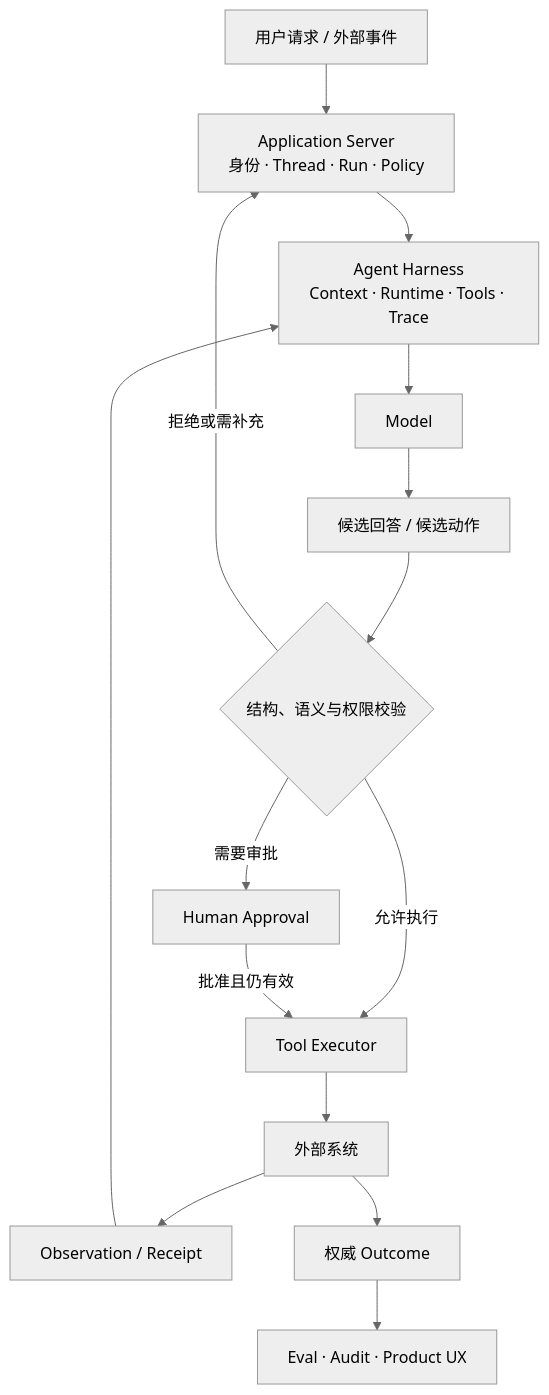
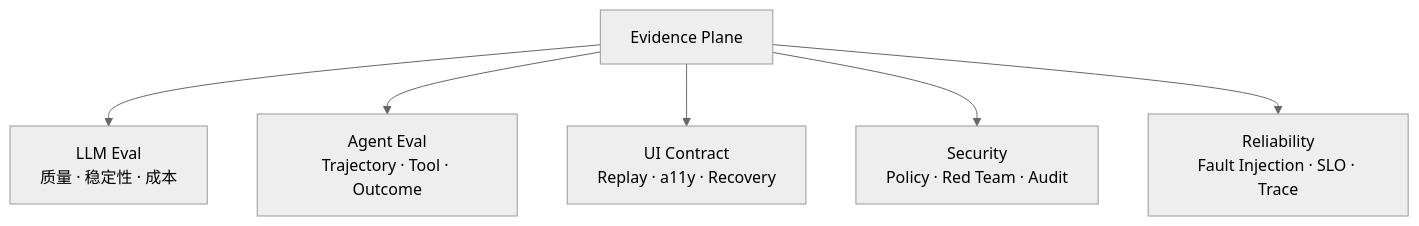
The second of 2 diagrams in site/01-导读/02-从一次Agent任务看懂系统分层.md (whatthehan/masterpiece-static-docs), drawn with Mermaid (neutral theme) before and after one commit. The commit also changed other lines of this file and 165 other files, not shown here.

````diff
--- a/site/01-导读/02-从一次Agent任务看懂系统分层.md
+++ b/site/01-导读/02-从一次Agent任务看懂系统分层.md
@@ -142,17 +150,9 @@
 ```mermaid
-flowchart TD
-    I["用户请求 / 外部事件"] --> A["Application Server<br/>身份 · Thread · Run · Policy"]
-    A --> H["Agent Harness<br/>Context · Runtime · Tools · Trace"]
-    H --> M["Model"]
-    M --> P["候选回答 / 候选动作"]
-    P --> Q{"结构、语义与权限校验"}
-    Q -->|"拒绝或需补充"| A
-    Q -->|"需要审批"| W["Human Approval"]
-    Q -->|"允许执行"| E["Tool Executor"]
-    W -->|"批准且仍有效"| E
-    E --> X["外部系统"]
-    X --> O["Observation / Receipt"]
-    O --> H
-    X --> Y["权威 Outcome"]
-    Y --> Z["Eval · Audit · Product UX"]
+flowchart TB
+    E["Evidence Plane"]
+    E --> L["LLM Eval<br/>质量 · 稳定性 · 成本"]
+    E --> A["Agent Eval<br/>Trajectory · Tool · Outcome"]
+    E --> U["UI Contract<br/>Replay · a11y · Recovery"]
+    E --> S["Security<br/>Policy · Red Team · Audit"]
+    E --> R["Reliability<br/>Fault Injection · SLO · Trace"]
 ```
````
